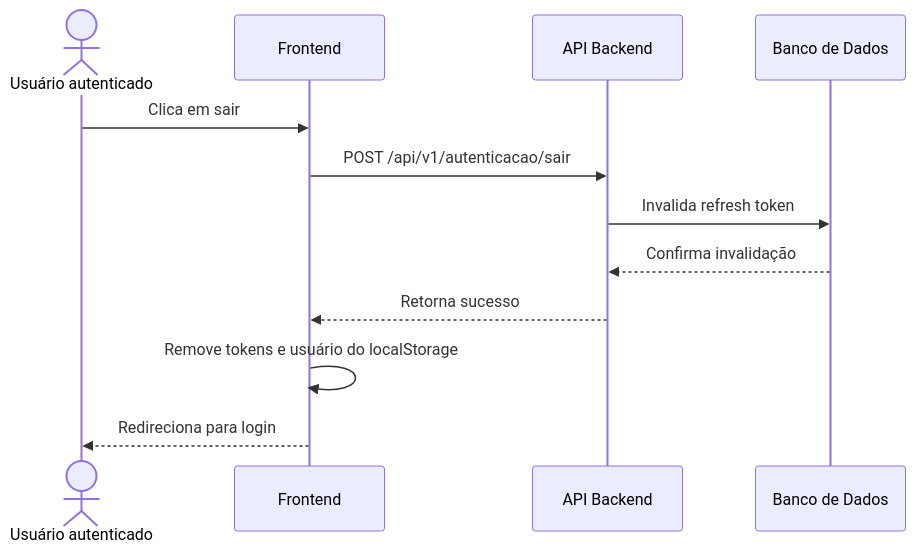
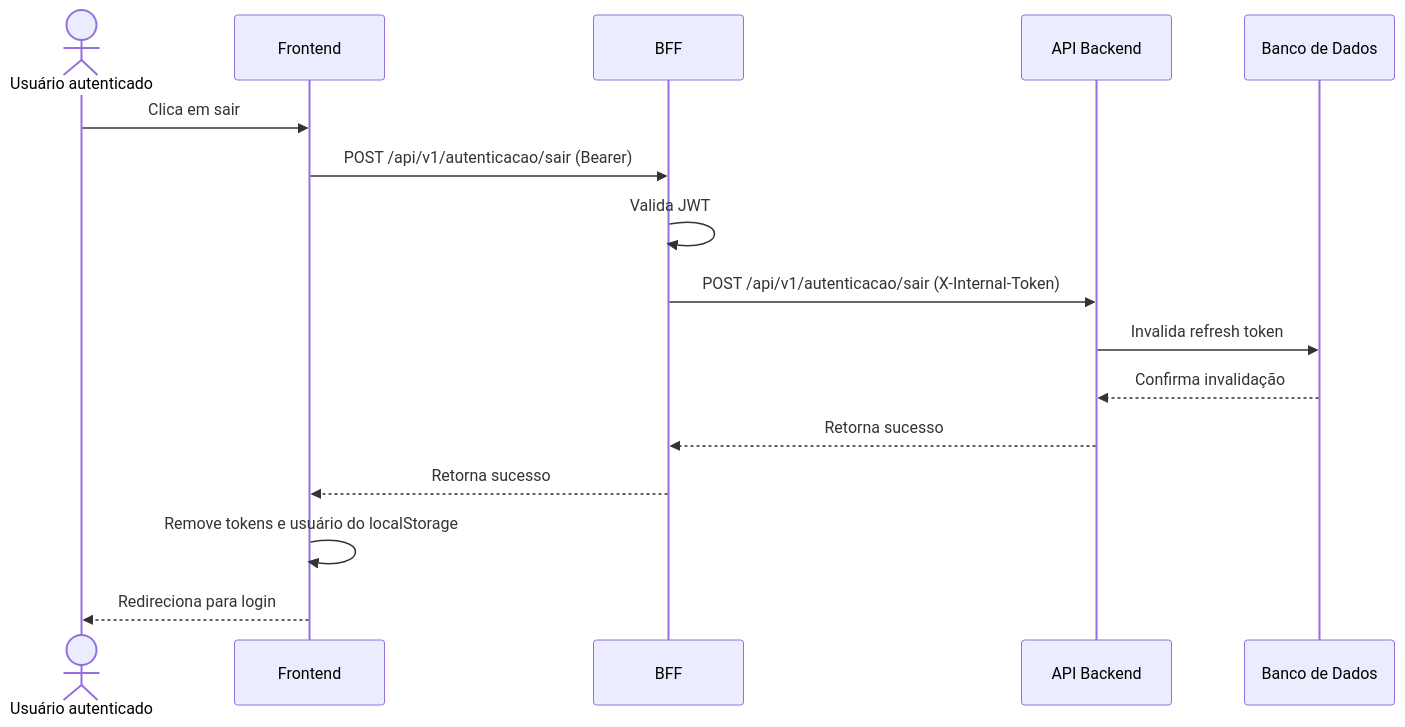
Before and after one commit to fga-eps-mds/2026-1-AnatoQuizUp-Doc: the seventh of 8 diagrams in docs/arquitetura/visoes/processos.md, drawn with Mermaid. The commit also changed other lines of this file and 14 other files, not shown here.

````diff
--- a/docs/arquitetura/visoes/processos.md
+++ b/docs/arquitetura/visoes/processos.md
@@ -174,15 +203,19 @@
 ```mermaid
 sequenceDiagram
     actor Usuario as Usuário autenticado
     participant Frontend
+    participant BFF
     participant Backend as API Backend
     participant Banco as Banco de Dados
 
     Usuario->>Frontend: Clica em sair
-    Frontend->>Backend: POST /api/v1/autenticacao/sair
+    Frontend->>BFF: POST /api/v1/autenticacao/sair (Bearer)
+    BFF->>BFF: Valida JWT
+    BFF->>Backend: POST /api/v1/autenticacao/sair (X-Internal-Token)
     Backend->>Banco: Invalida refresh token
     Banco-->>Backend: Confirma invalidação
-    Backend-->>Frontend: Retorna sucesso
+    Backend-->>BFF: Retorna sucesso
+    BFF-->>Frontend: Retorna sucesso
     Frontend->>Frontend: Remove tokens e usuário do localStorage
     Frontend-->>Usuario: Redireciona para login
 ```
````
